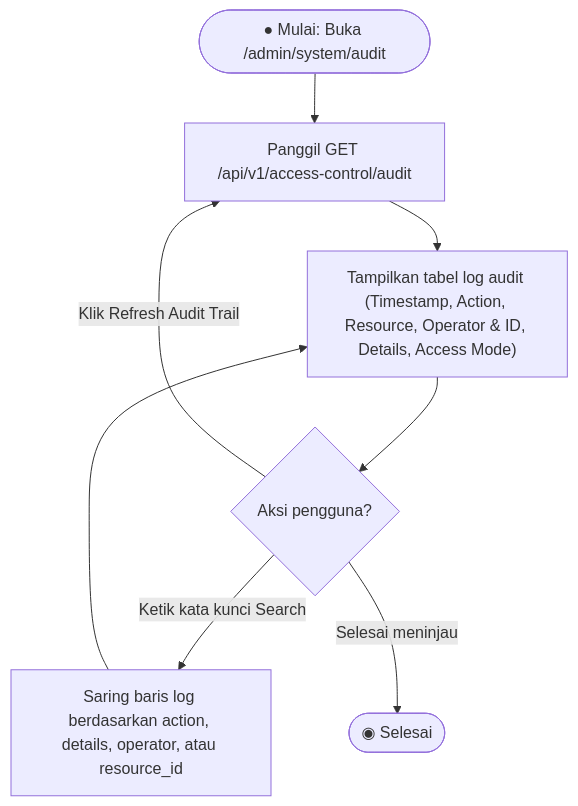
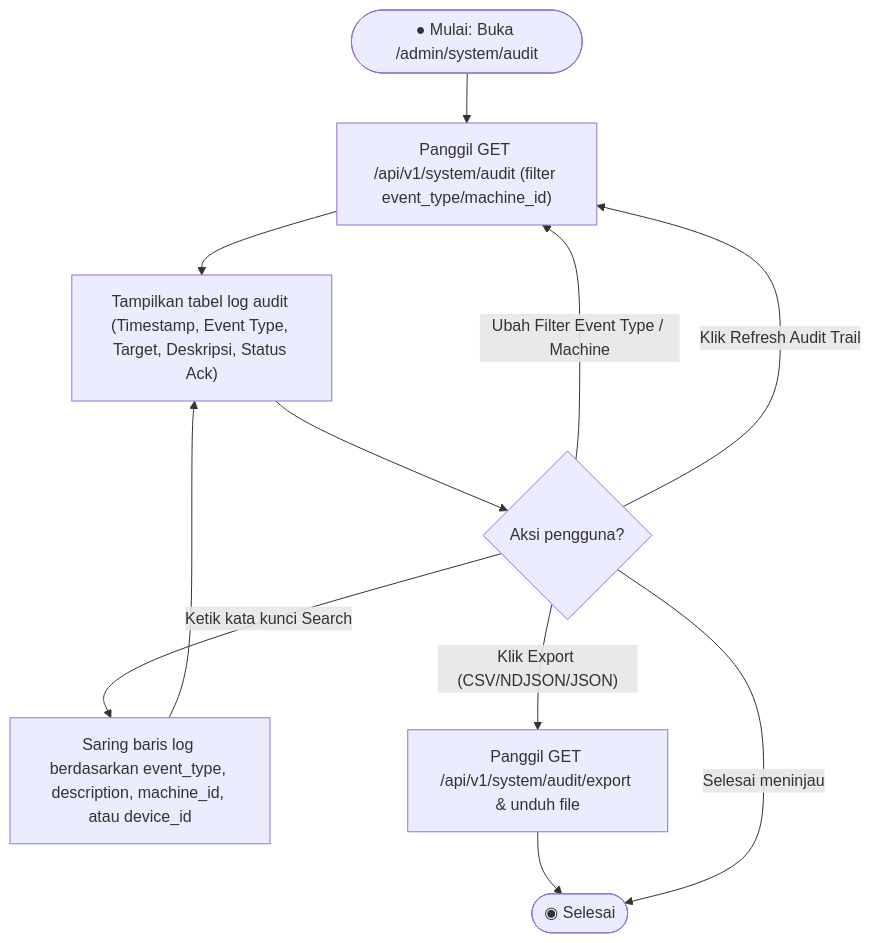
Diagram 20 of 25 in PAGE_DOCUMENTATION.md (affadk/iiot-oee-admin-panel), drawn with Mermaid before and after one commit. The commit also changed other lines of this file and 12 other files, not shown here.

````diff
--- a/PAGE_DOCUMENTATION.md
+++ b/PAGE_DOCUMENTATION.md
@@ -854,10 +888,13 @@
 ```mermaid
 flowchart TD
-    Start(["● Mulai: Buka /admin/system/audit"]) --> FetchLogs["Panggil GET /api/v1/access-control/audit"]
-    FetchLogs --> RenderLogs["Tampilkan tabel log audit (Timestamp, Action, Resource, Operator & ID, Details, Access Mode)"]
+    Start(["● Mulai: Buka /admin/system/audit"]) --> FetchLogs["Panggil GET /api/v1/system/audit (filter event_type/machine_id)"]
+    FetchLogs --> RenderLogs["Tampilkan tabel log audit (Timestamp, Event Type, Target, Deskripsi, Status Ack)"]
     RenderLogs --> Action{"Aksi pengguna?"}
-    Action -- "Ketik kata kunci Search" --> FilterLogs["Saring baris log berdasarkan action, details, operator, atau resource_id"]
+    Action -- "Ubah Filter Event Type / Machine" --> FetchLogs
+    Action -- "Ketik kata kunci Search" --> FilterLogs["Saring baris log berdasarkan event_type, description, machine_id, atau device_id"]
     FilterLogs --> RenderLogs
     Action -- "Klik Refresh Audit Trail" --> FetchLogs
+    Action -- "Klik Export (CSV/NDJSON/JSON)" --> ExportLogs["Panggil GET /api/v1/system/audit/export & unduh file"]
+    ExportLogs --> End(["◉ Selesai"])
     Action -- "Selesai meninjau" --> End(["◉ Selesai"])
 ```
````
